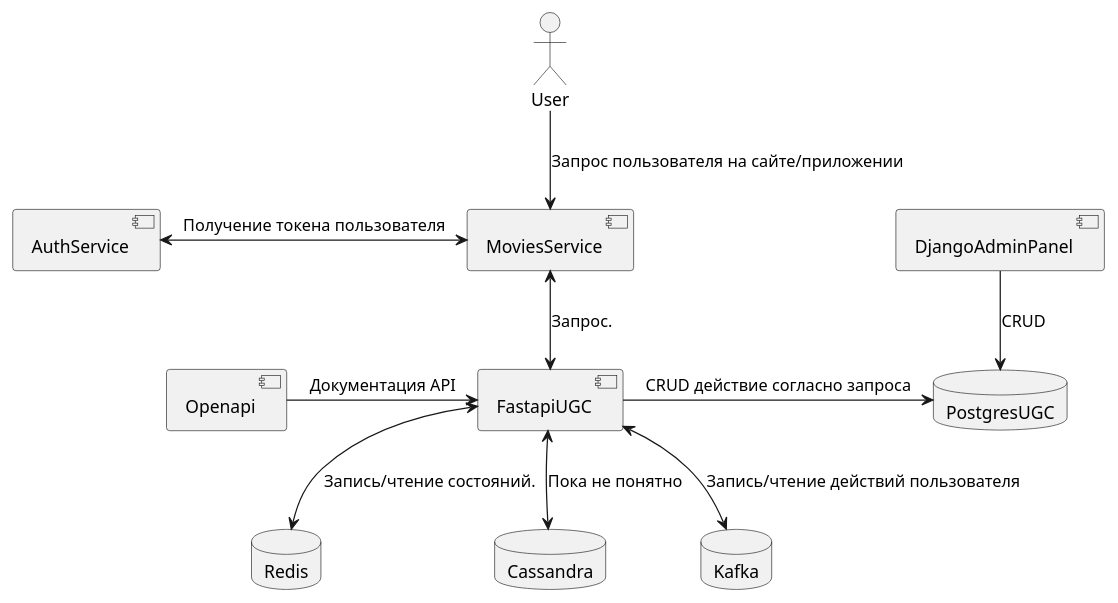
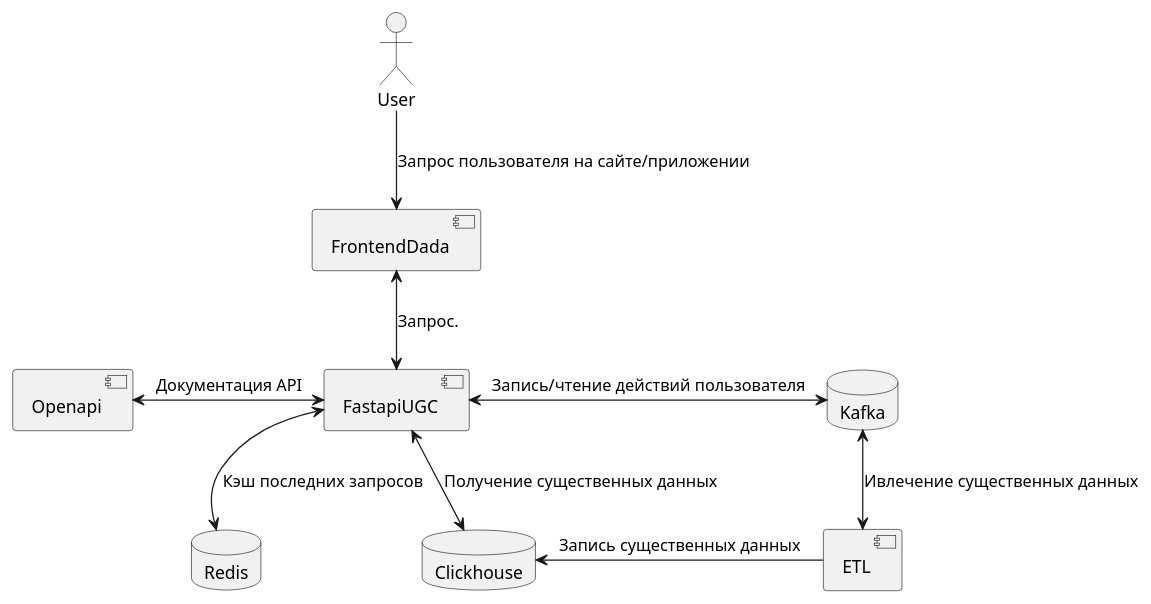
The diagram in ugc-service/architecture.wsd (Khosep/UGC_service), drawn with PlantUML before and after one commit.

Commit message:
fix movies and directions

```diff
--- a/ugc-service/architecture.wsd
+++ b/ugc-service/architecture.wsd
@@ -1,24 +1,20 @@
 @startuml
 skinparam componentStyle uml2
-component AuthService
-component MoviesService
+component FrontendDada
 actor User as Client
 component FastapiUGC
 component Openapi
-component DjangoAdminPanel
-database PostgresUGC
+component ETL
 database Redis
-database Cassandra
+database Clickhouse
 database Kafka
 
-Client -down-> MoviesService: Запрос пользователя на сайте/приложении
-MoviesService <-left-> AuthService: Получение токена пользователя
-MoviesService <-down-> FastapiUGC: Запрос.
-FastapiUGC -> PostgresUGC: CRUD действие согласно запроса
-FastapiUGC <-down-> Cassandra: Пока не понятно
-FastapiUGC <-down-> Kafka: Запись/чтение действий пользователя
-FastapiUGC <-down-> Redis: Запись/чтение состояний.
-
-DjangoAdminPanel -down-> PostgresUGC: CRUD
-Openapi -right-> FastapiUGC: Документация API
+Client -down-> FrontendDada: Запрос пользователя на сайте/приложении
+FrontendDada <-down-> FastapiUGC: Запрос.
+FastapiUGC <-right-> Kafka: Запись/чтение действий пользователя
+FastapiUGC <-down-> Redis: Кэш последних запросов
+Kafka <-down-> ETL: Ивлечение существенных данных
+ETL -left-> Clickhouse: Запись существенных данных
+FastapiUGC <-down-> Clickhouse: Получение существенных данных
+Openapi <-right-> FastapiUGC: Документация API
 @enduml
```
